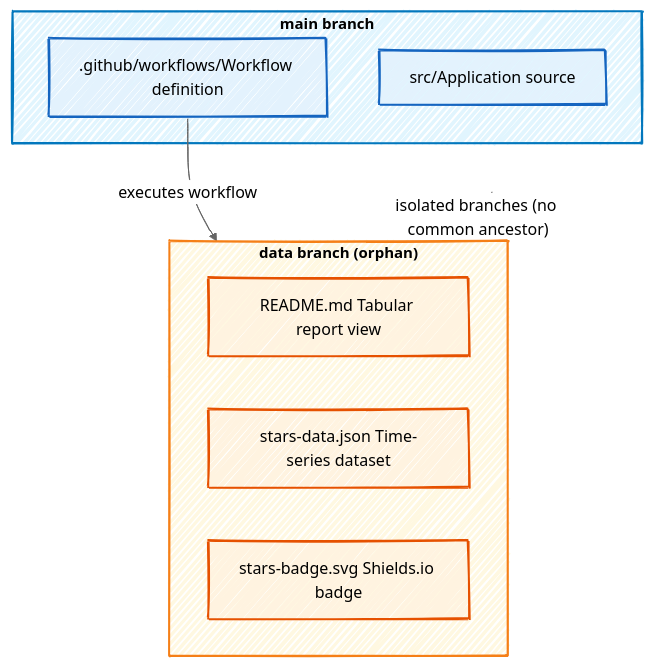
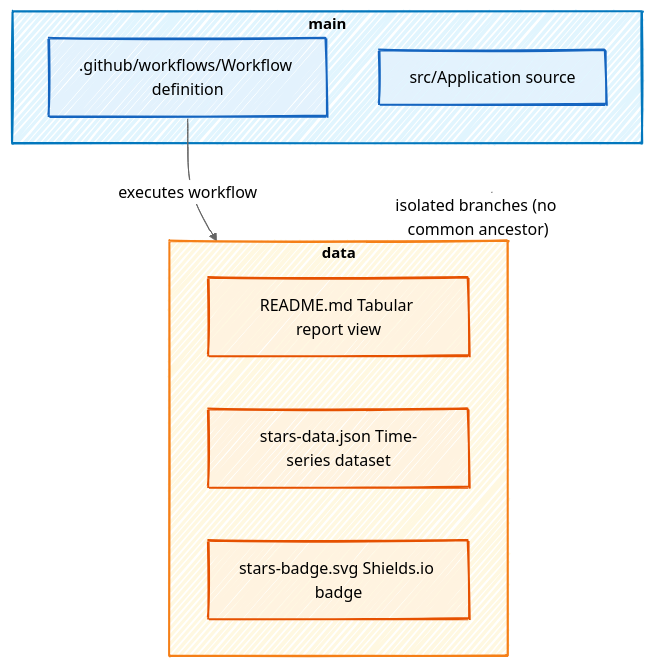
Before and after one commit to fbuireu/github-star-tracker: the second of 2 diagrams in README.md, drawn with Mermaid. The commit also changed other lines of this file, not shown here.

````diff
--- a/README.md
+++ b/README.md
@@ -140,29 +140,29 @@
 ```mermaid
 ---
 config:
   look: handDrawn
   theme: neutral
 ---
 graph TD
-    subgraph main ["main branch"]
+    subgraph main
         src["src/Application source"]
         wf[".github/workflows/Workflow definition"]
     end
 
-    subgraph data ["data branch (orphan)"]
+    subgraph data
         readme["README.md Tabular report view"]
         json["stars-data.json Time-series dataset"]
         badge["stars-badge.svg Shields.io badge"]
     end
 
     wf -- "executes workflow" --> data
     main -.->|"isolated branches (no common ancestor)"| data
 
     style src fill:#e3f2fd,stroke:#1565c0,stroke-width:2px
     style wf fill:#e3f2fd,stroke:#1565c0,stroke-width:2px
     style readme fill:#fff3e0,stroke:#e65100,stroke-width:2px
     style json fill:#fff3e0,stroke:#e65100,stroke-width:2px
     style badge fill:#fff3e0,stroke:#e65100,stroke-width:2px
     style main fill:#e1f5fe,stroke:#0277bd,stroke-width:2px,color:#000,font-weight:bold,font-size:15px
     style data fill:#fff8e1,stroke:#f57f17,stroke-width:2px,color:#000,font-weight:bold,font-size:15px
 ```
````
